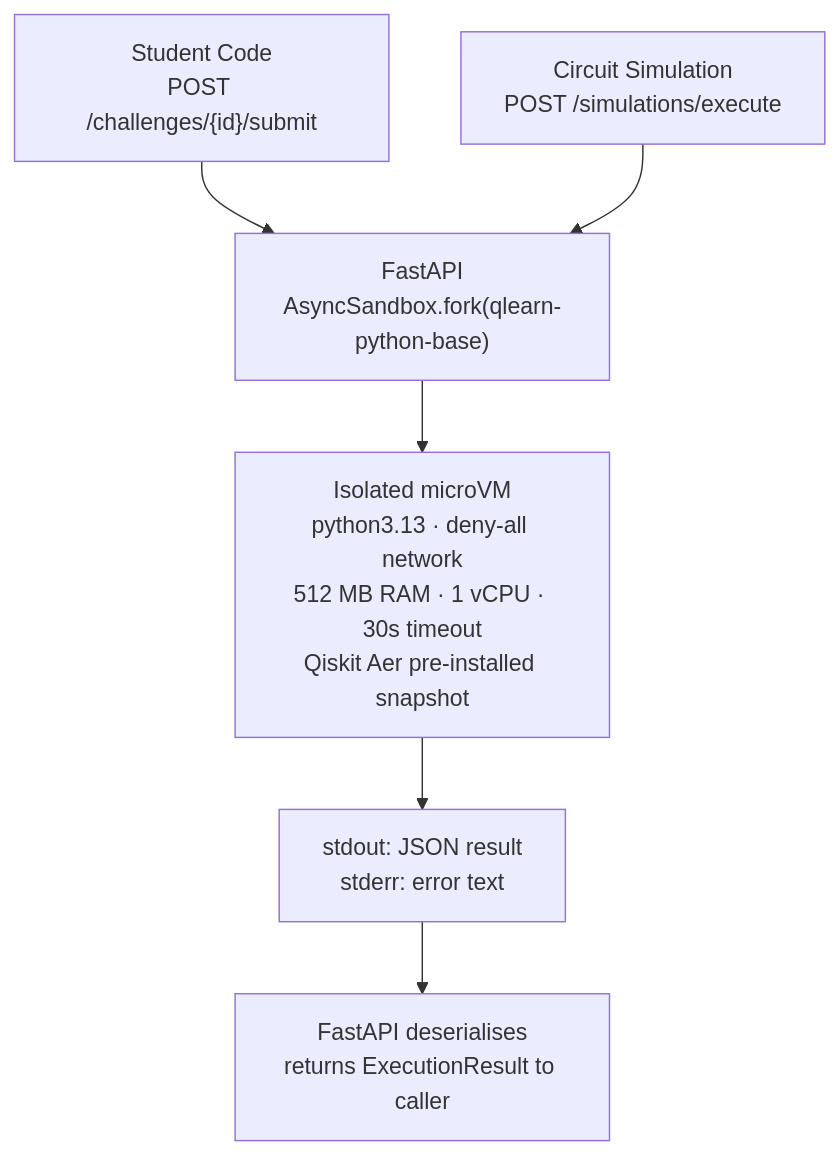
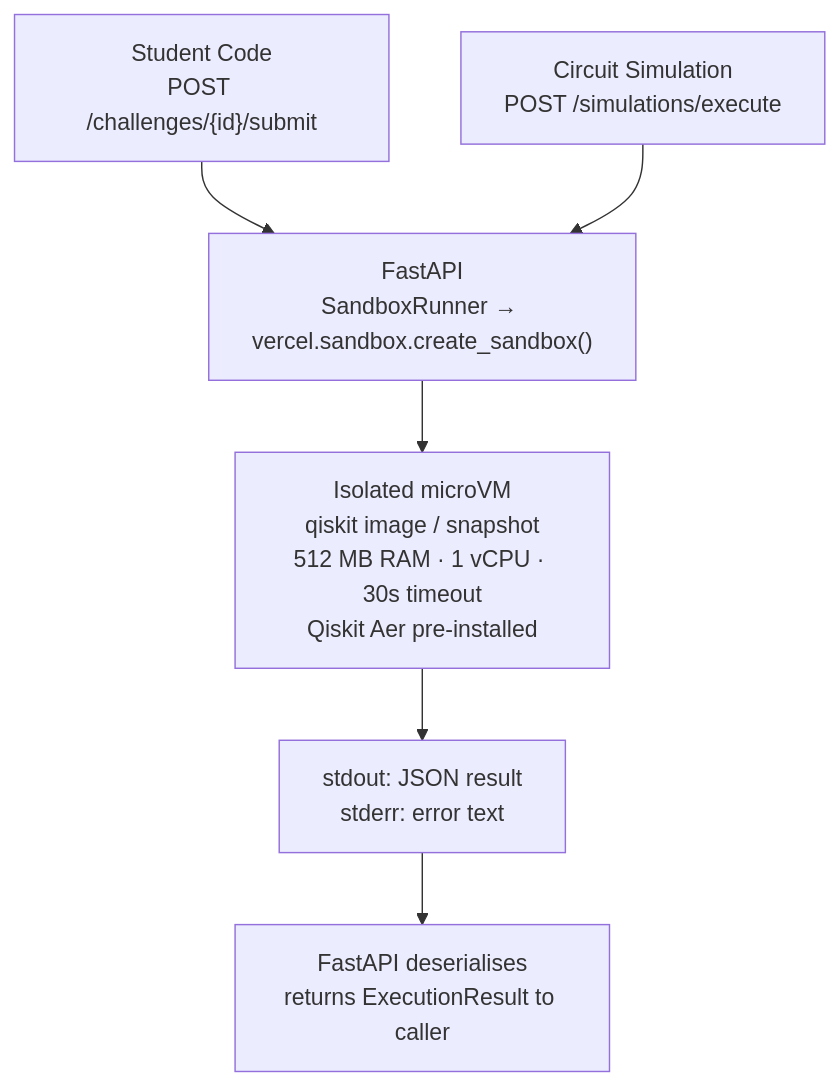
One commit to qphase-ai/Q-Learn changed the diagram in docs/sandbox.md. Above: the diagram before and after it, drawn with Mermaid. The commit also changed other lines of this file and 21 other files, not shown here.

First line of the commit message:
feat(quantum): wire Qiskit execution to the real Vercel Sandbox SDK

````diff
--- a/docs/sandbox.md
+++ b/docs/sandbox.md
@@ -11,15 +11,15 @@
 ```mermaid
 flowchart TD
     SC["Student Code\nPOST /challenges/{id}/submit"]
     CS["Circuit Simulation\nPOST /simulations/execute"]
-    FORK["FastAPI\nAsyncSandbox.fork(qlearn-python-base)"]
-    VM["Isolated microVM\npython3.13 · deny-all network\n512 MB RAM · 1 vCPU · 30s timeout\nQiskit Aer pre-installed snapshot"]
+    FORK["FastAPI\nSandboxRunner → vercel.sandbox.create_sandbox()"]
+    VM["Isolated microVM\nqiskit image / snapshot\n512 MB RAM · 1 vCPU · 30s timeout\nQiskit Aer pre-installed"]
     OUT["stdout: JSON result\nstderr: error text"]
     PARSE["FastAPI deserialises\nreturns ExecutionResult to caller"]
 
     SC --> FORK
     CS --> FORK
     FORK --> VM
     VM --> OUT
     OUT --> PARSE
 ```
````
